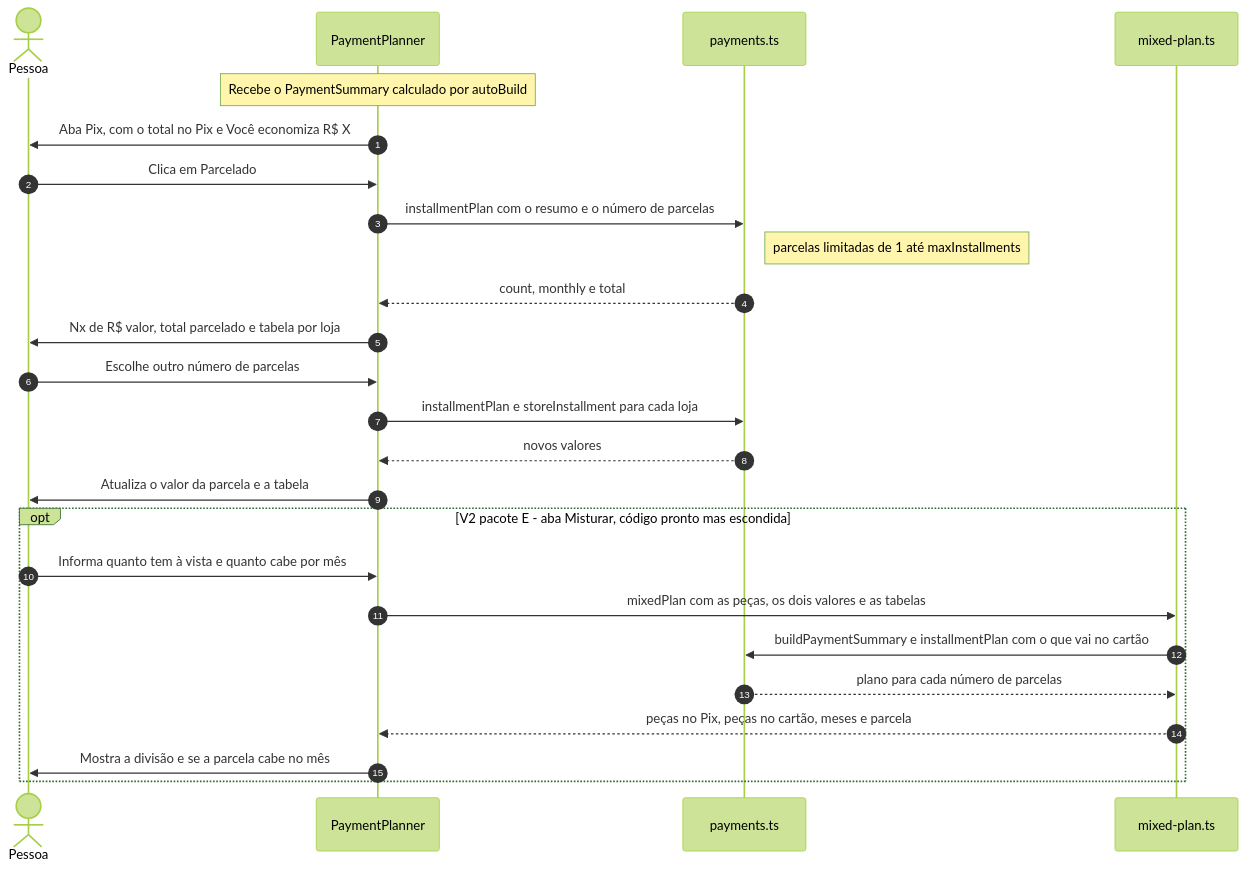
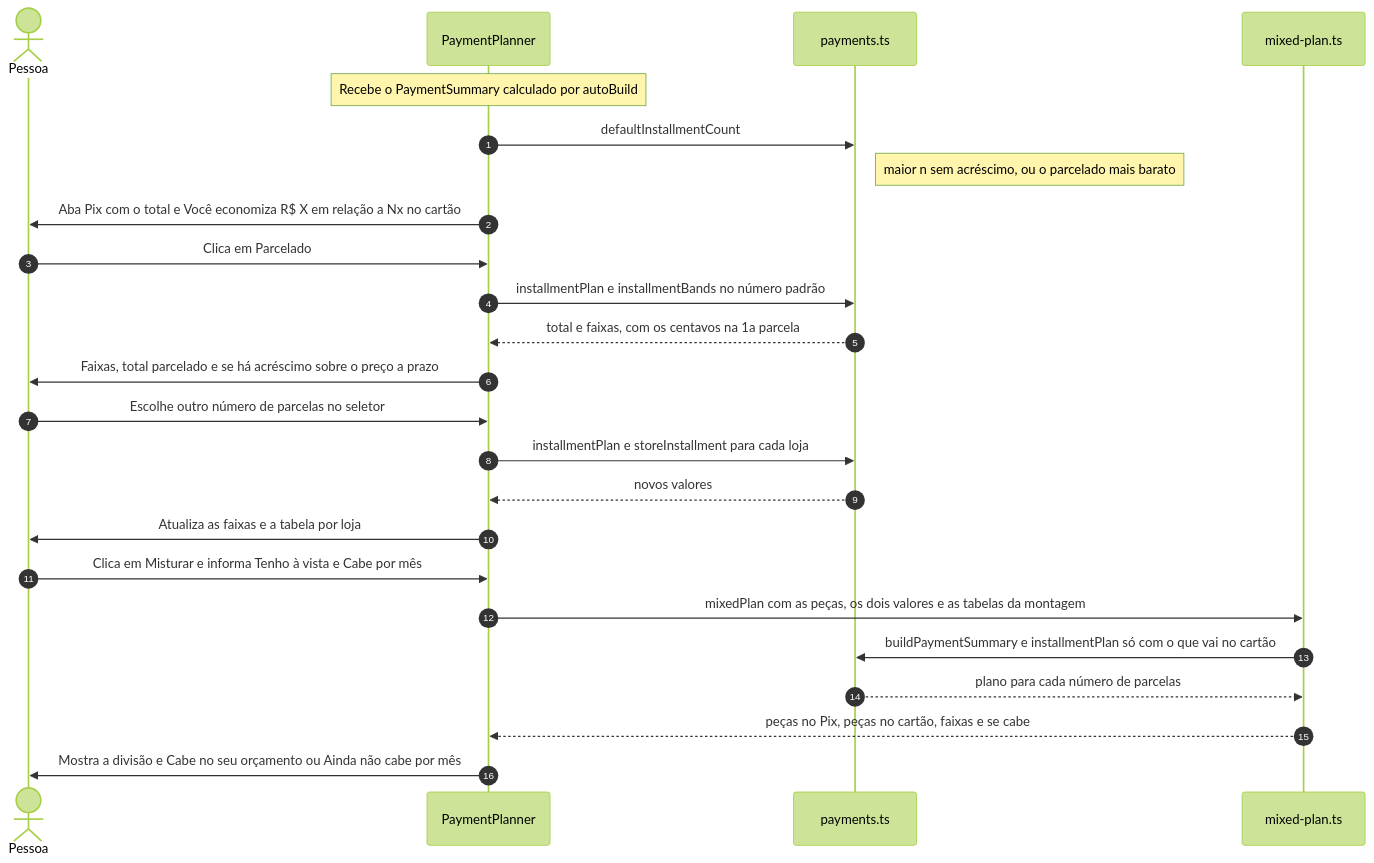
Before and after one commit to FEJAPA/Garimpo-PC: the third of 4 diagrams in docs/diagramas/fluxo-pagamento.md, drawn with Mermaid (forest theme). The commit also changed other lines of this file and 13 other files, not shown here.

````diff
--- a/docs/diagramas/fluxo-pagamento.md
+++ b/docs/diagramas/fluxo-pagamento.md
@@ -66,28 +96,27 @@
 ```mermaid
 sequenceDiagram
     autonumber
     actor Pessoa
     participant Tela as PaymentPlanner
     participant Calc as payments.ts
     participant Mix as mixed-plan.ts
 
     Note over Tela: Recebe o PaymentSummary calculado por autoBuild
-    Tela->>Pessoa: Aba Pix, com o total no Pix e Você economiza R$ X
+    Tela->>Calc: defaultInstallmentCount
+    Note right of Calc: maior n sem acréscimo, ou o parcelado mais barato
+    Tela->>Pessoa: Aba Pix com o total e Você economiza R$ X em relação a Nx no cartão
     Pessoa->>Tela: Clica em Parcelado
-    Tela->>Calc: installmentPlan com o resumo e o número de parcelas
-    Note right of Calc: parcelas limitadas de 1 até maxInstallments
-    Calc-->>Tela: count, monthly e total
-    Tela->>Pessoa: Nx de R$ valor, total parcelado e tabela por loja
-    Pessoa->>Tela: Escolhe outro número de parcelas
+    Tela->>Calc: installmentPlan e installmentBands no número padrão
+    Calc-->>Tela: total e faixas, com os centavos na 1a parcela
+    Tela->>Pessoa: Faixas, total parcelado e se há acréscimo sobre o preço a prazo
+    Pessoa->>Tela: Escolhe outro número de parcelas no seletor
     Tela->>Calc: installmentPlan e storeInstallment para cada loja
     Calc-->>Tela: novos valores
-    Tela->>Pessoa: Atualiza o valor da parcela e a tabela
-    opt V2 pacote E - aba Misturar, código pronto mas escondida
-        Pessoa->>Tela: Informa quanto tem à vista e quanto cabe por mês
-        Tela->>Mix: mixedPlan com as peças, os dois valores e as tabelas
-        Mix->>Calc: buildPaymentSummary e installmentPlan com o que vai no cartão
-        Calc-->>Mix: plano para cada número de parcelas
-        Mix-->>Tela: peças no Pix, peças no cartão, meses e parcela
-        Tela->>Pessoa: Mostra a divisão e se a parcela cabe no mês
-    end
+    Tela->>Pessoa: Atualiza as faixas e a tabela por loja
+    Pessoa->>Tela: Clica em Misturar e informa Tenho à vista e Cabe por mês
+    Tela->>Mix: mixedPlan com as peças, os dois valores e as tabelas da montagem
+    Mix->>Calc: buildPaymentSummary e installmentPlan só com o que vai no cartão
+    Calc-->>Mix: plano para cada número de parcelas
+    Mix-->>Tela: peças no Pix, peças no cartão, faixas e se cabe
+    Tela->>Pessoa: Mostra a divisão e Cabe no seu orçamento ou Ainda não cabe por mês
 ```
````
